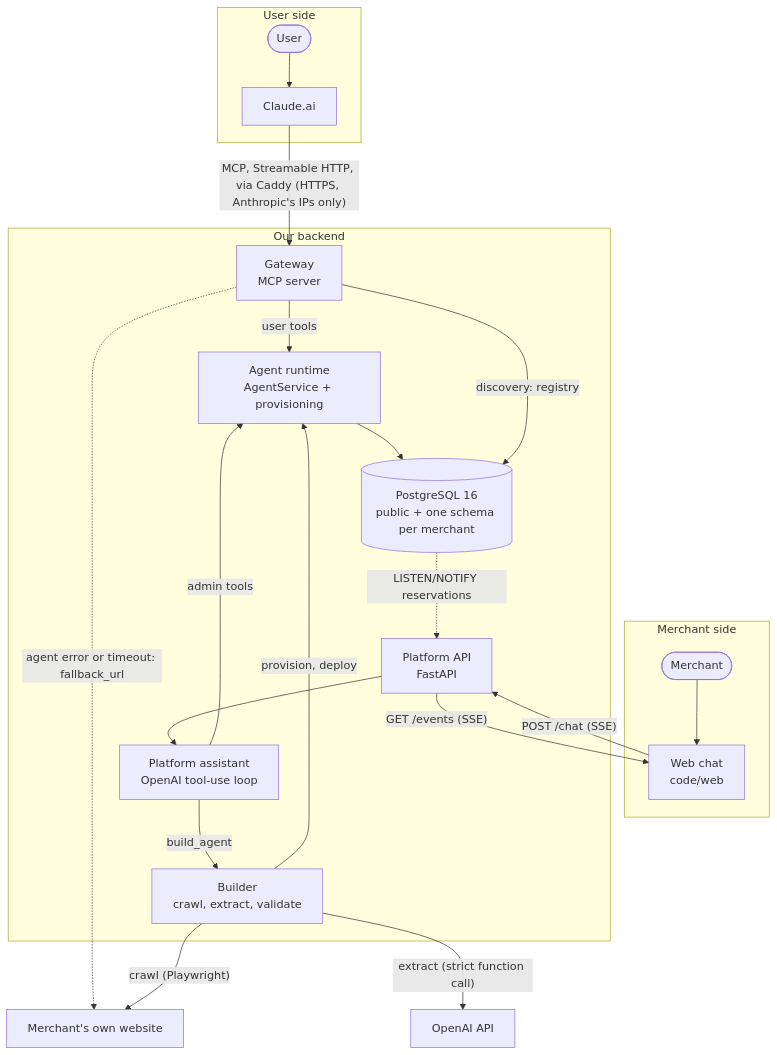
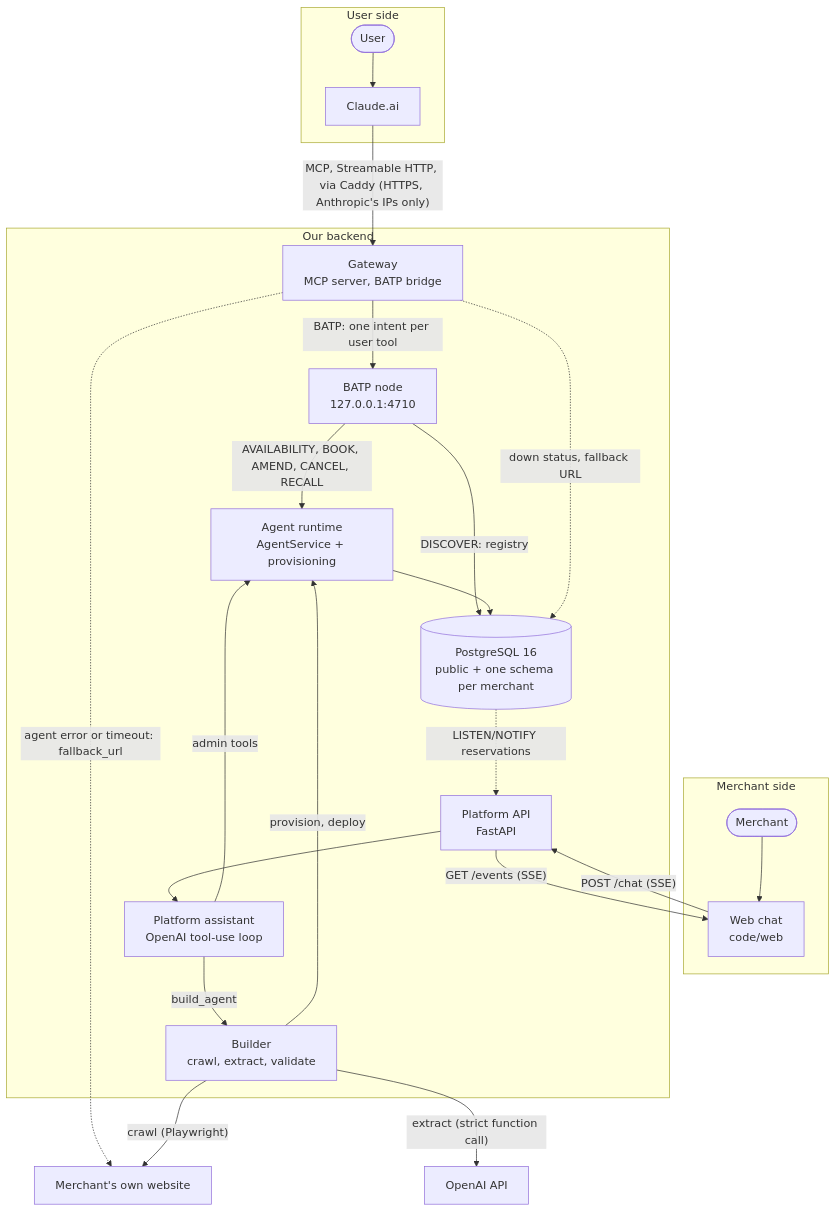
One commit to MaxEntz/BaselHack2026 changed the first of 2 diagrams in documentation/ARCHITECTURE.md. Above: the diagram before and after it, drawn with Mermaid. The commit also changed other lines of this file, not shown here.

Commit message:
docs(architecture): add the BATP node and bridge, drop stale status (#122)

````diff
--- a/documentation/ARCHITECTURE.md
+++ b/documentation/ARCHITECTURE.md
@@ -12,36 +12,39 @@
 ```mermaid
 flowchart TB
   subgraph USER["User side"]
     U(["User"]) --> C["Claude.ai"]
   end
 
   subgraph MERCHANT["Merchant side"]
     M(["Merchant"]) --> WEB["Web chat<br/>code/web"]
   end
 
   subgraph BACKEND["Our backend"]
-    GW["Gateway<br/>MCP server"]
+    GW["Gateway<br/>MCP server, BATP bridge"]
+    NODE["BATP node<br/>127.0.0.1:4710"]
     AG["Agent runtime<br/>AgentService + provisioning"]
     DB[("PostgreSQL 16<br/>public + one schema per merchant")]
     PL["Platform API<br/>FastAPI"]
     ASSIST["Platform assistant<br/>OpenAI tool-use loop"]
     BU["Builder<br/>crawl, extract, validate"]
   end
 
   C -->|"MCP, Streamable HTTP, via Caddy (HTTPS, Anthropic's IPs only)"| GW
-  GW -->|"user tools"| AG
+  GW -->|"BATP: one intent per user tool"| NODE
+  NODE -->|"AVAILABILITY, BOOK, AMEND, CANCEL, RECALL"| AG
+  NODE -->|"DISCOVER: registry"| DB
   AG --> DB
-  GW -->|"discovery: registry"| DB
+  GW -.->|"down status, fallback URL"| DB
   GW -.->|"agent error or timeout: fallback_url"| SITE["Merchant's own website"]
 
   WEB -->|"POST /chat (SSE)"| PL
   PL --> ASSIST
   ASSIST -->|"admin tools"| AG
   ASSIST -->|"build_agent"| BU
   BU -->|"crawl (Playwright)"| SITE
   BU -->|"extract (strict function call)"| OAI["OpenAI API"]
   BU -->|"provision, deploy"| AG
 
   DB -.->|"LISTEN/NOTIFY reservations"| PL
   PL -->|"GET /events (SSE)"| WEB
 ```
````
